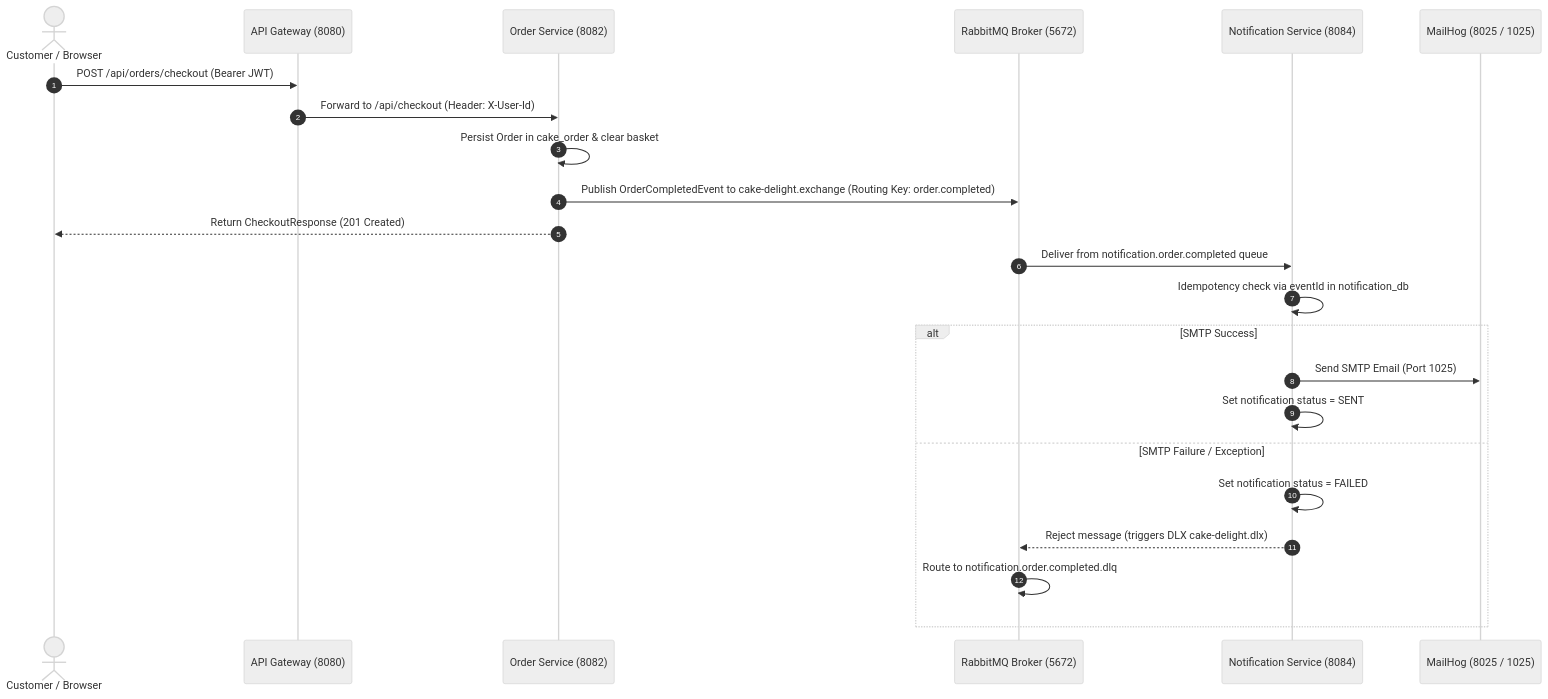
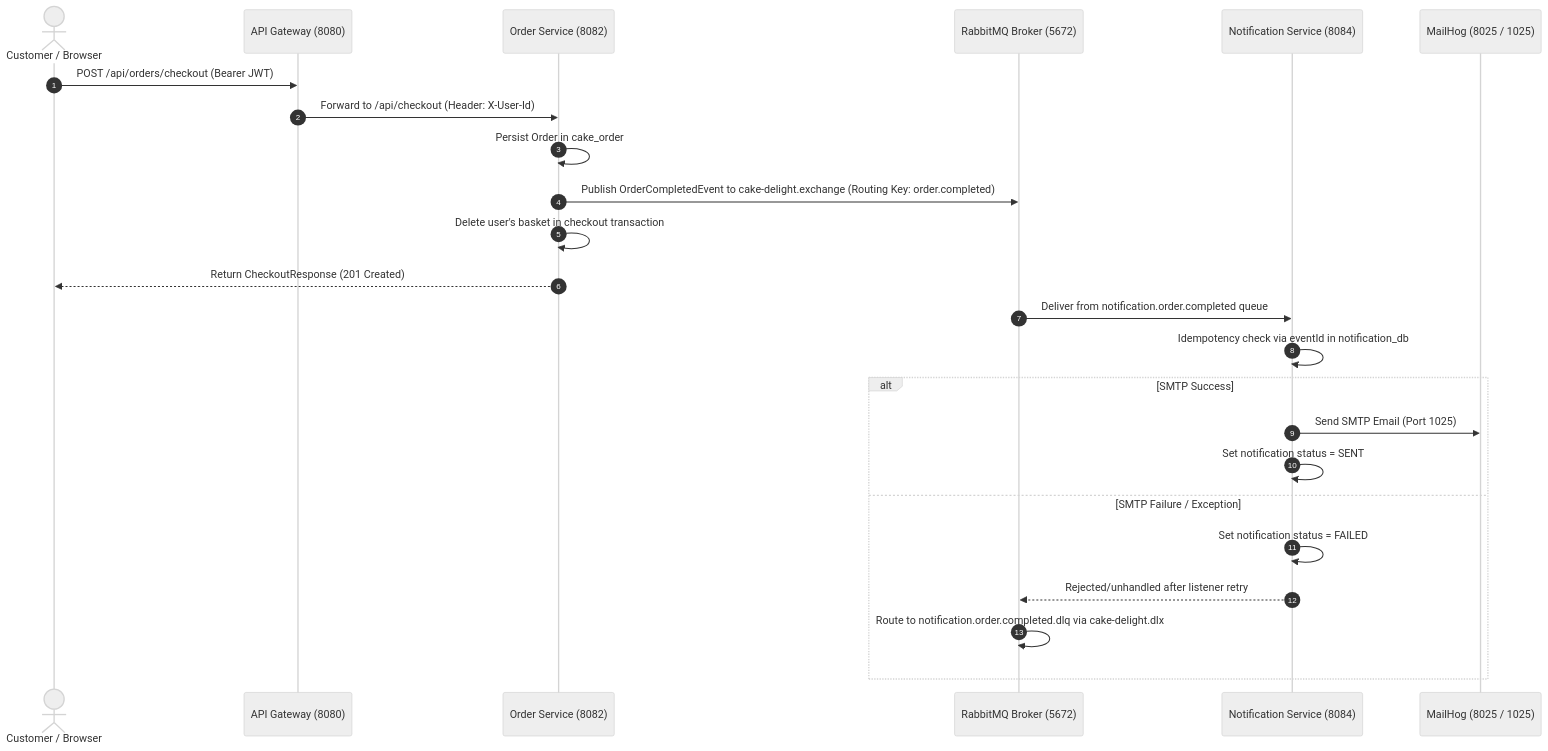
Before and after one commit to prathibha-15/Cake-Delight-: the fourth of 5 diagrams in docs/architecture.md, drawn with Mermaid (neutral theme). The commit also changed other lines of this file and 7 other files, not shown here.

Commit message:
feat: finalize Cake Delight documentation and API docs

````diff
--- a/docs/architecture.md
+++ b/docs/architecture.md
@@ -126,27 +134,28 @@
 ```mermaid
 sequenceDiagram
     autonumber
     actor Customer as Customer / Browser
     participant Gateway as API Gateway (8080)
     participant Order as Order Service (8082)
     participant Rabbit as RabbitMQ Broker (5672)
     participant Notif as Notification Service (8084)
     participant Mail as MailHog (8025 / 1025)
 
     Customer->>Gateway: POST /api/orders/checkout (Bearer JWT)
     Gateway->>Order: Forward to /api/checkout (Header: X-User-Id)
-    Order->>Order: Persist Order in cake_order & clear basket
+    Order->>Order: Persist Order in cake_order
     Order->>Rabbit: Publish OrderCompletedEvent to cake-delight.exchange (Routing Key: order.completed)
+    Order->>Order: Delete user's basket in checkout transaction
     Order-->>Customer: Return CheckoutResponse (201 Created)
 
     Rabbit->>Notif: Deliver from notification.order.completed queue
     Notif->>Notif: Idempotency check via eventId in notification_db
     alt SMTP Success
         Notif->>Mail: Send SMTP Email (Port 1025)
         Notif->>Notif: Set notification status = SENT
     else SMTP Failure / Exception
         Notif->>Notif: Set notification status = FAILED
-        Notif-->>Rabbit: Reject message (triggers DLX cake-delight.dlx)
-        Rabbit->>Rabbit: Route to notification.order.completed.dlq
+        Notif-->>Rabbit: Rejected/unhandled after listener retry
+        Rabbit->>Rabbit: Route to notification.order.completed.dlq via cake-delight.dlx
     end
 ```
````
